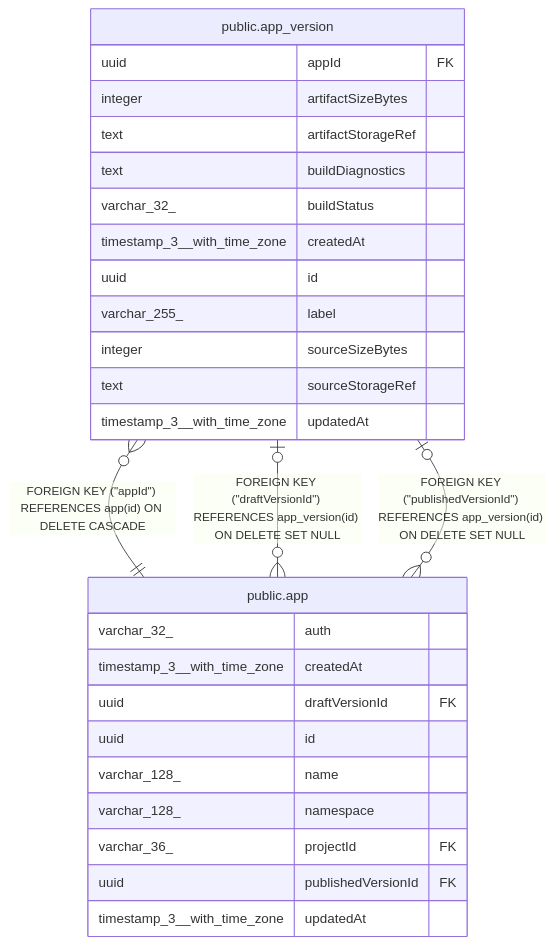
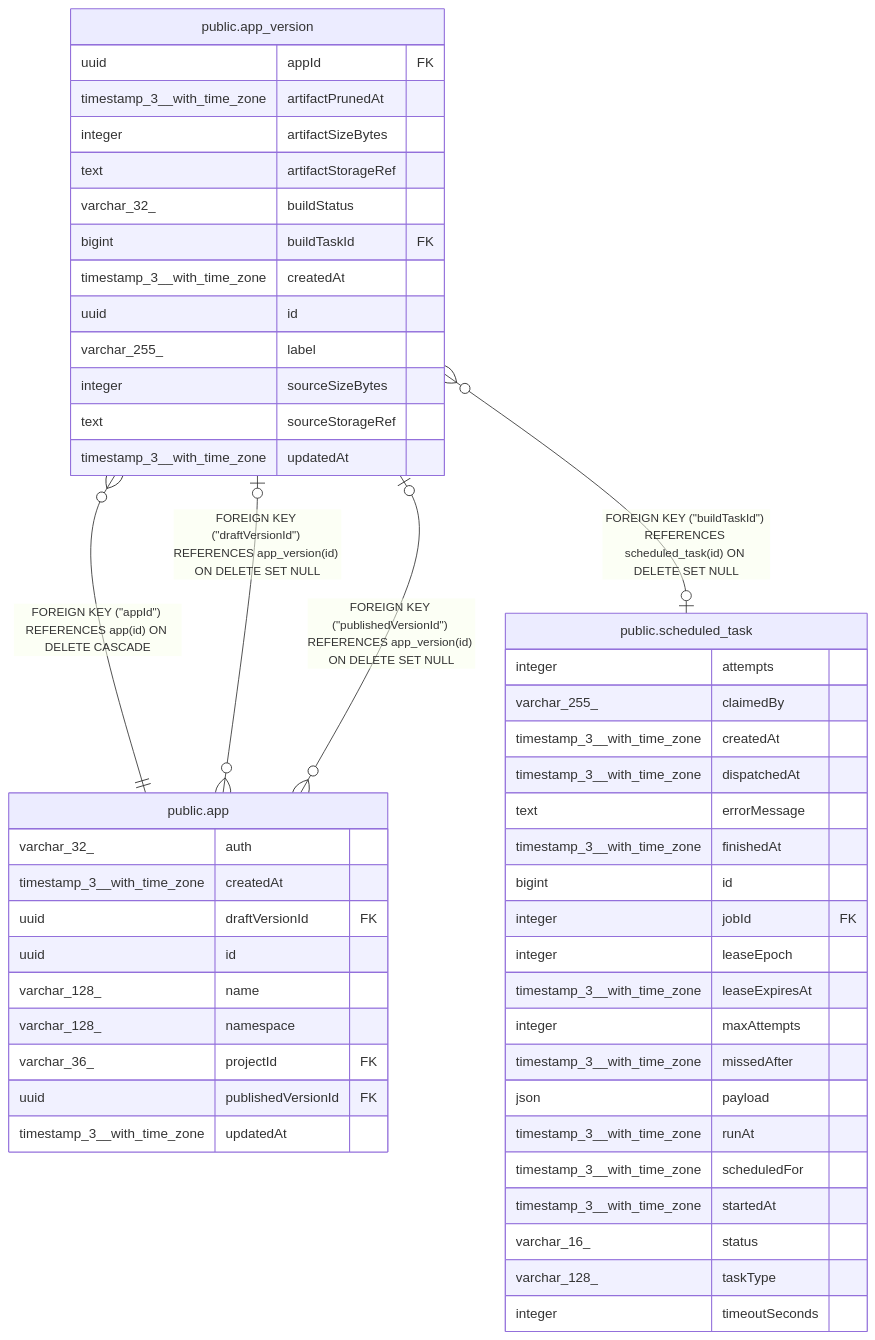
Before and after one commit to ATAC-tounde/n8n-private: the diagram in docs/generated/postgres-schema/public.app_version.md, drawn with Mermaid. The commit also changed other lines of this file and 10 other files, not shown here.

````diff
--- a/docs/generated/postgres-schema/public.app_version.md
+++ b/docs/generated/postgres-schema/public.app_version.md
@@ -43,32 +46,55 @@
 ```mermaid
 erDiagram
 
 "public.app_version" }o--|| "public.app" : "FOREIGN KEY (#quot;appId#quot;) REFERENCES app(id) ON DELETE CASCADE"
+"public.app_version" }o--o| "public.scheduled_task" : "FOREIGN KEY (#quot;buildTaskId#quot;) REFERENCES scheduled_task(id) ON DELETE SET NULL"
 "public.app" }o--o| "public.app_version" : "FOREIGN KEY (#quot;draftVersionId#quot;) REFERENCES app_version(id) ON DELETE SET NULL"
 "public.app" }o--o| "public.app_version" : "FOREIGN KEY (#quot;publishedVersionId#quot;) REFERENCES app_version(id) ON DELETE SET NULL"
 
 "public.app_version" {
   uuid appId FK
+  timestamp_3__with_time_zone artifactPrunedAt
   integer artifactSizeBytes
   text artifactStorageRef
-  text buildDiagnostics
   varchar_32_ buildStatus
+  bigint buildTaskId FK
   timestamp_3__with_time_zone createdAt
   uuid id
   varchar_255_ label
   integer sourceSizeBytes
   text sourceStorageRef
   timestamp_3__with_time_zone updatedAt
 }
 "public.app" {
   varchar_32_ auth
   timestamp_3__with_time_zone createdAt
   uuid draftVersionId FK
   uuid id
   varchar_128_ name
   varchar_128_ namespace
   varchar_36_ projectId FK
   uuid publishedVersionId FK
   timestamp_3__with_time_zone updatedAt
 }
+"public.scheduled_task" {
+  integer attempts
+  varchar_255_ claimedBy
+  timestamp_3__with_time_zone createdAt
+  timestamp_3__with_time_zone dispatchedAt
+  text errorMessage
+  timestamp_3__with_time_zone finishedAt
+  bigint id
+  integer jobId FK
+  integer leaseEpoch
+  timestamp_3__with_time_zone leaseExpiresAt
+  integer maxAttempts
+  timestamp_3__with_time_zone missedAfter
+  json payload
+  timestamp_3__with_time_zone runAt
+  timestamp_3__with_time_zone scheduledFor
+  timestamp_3__with_time_zone startedAt
+  varchar_16_ status
+  varchar_128_ taskType
+  integer timeoutSeconds
+}
 ```
````
